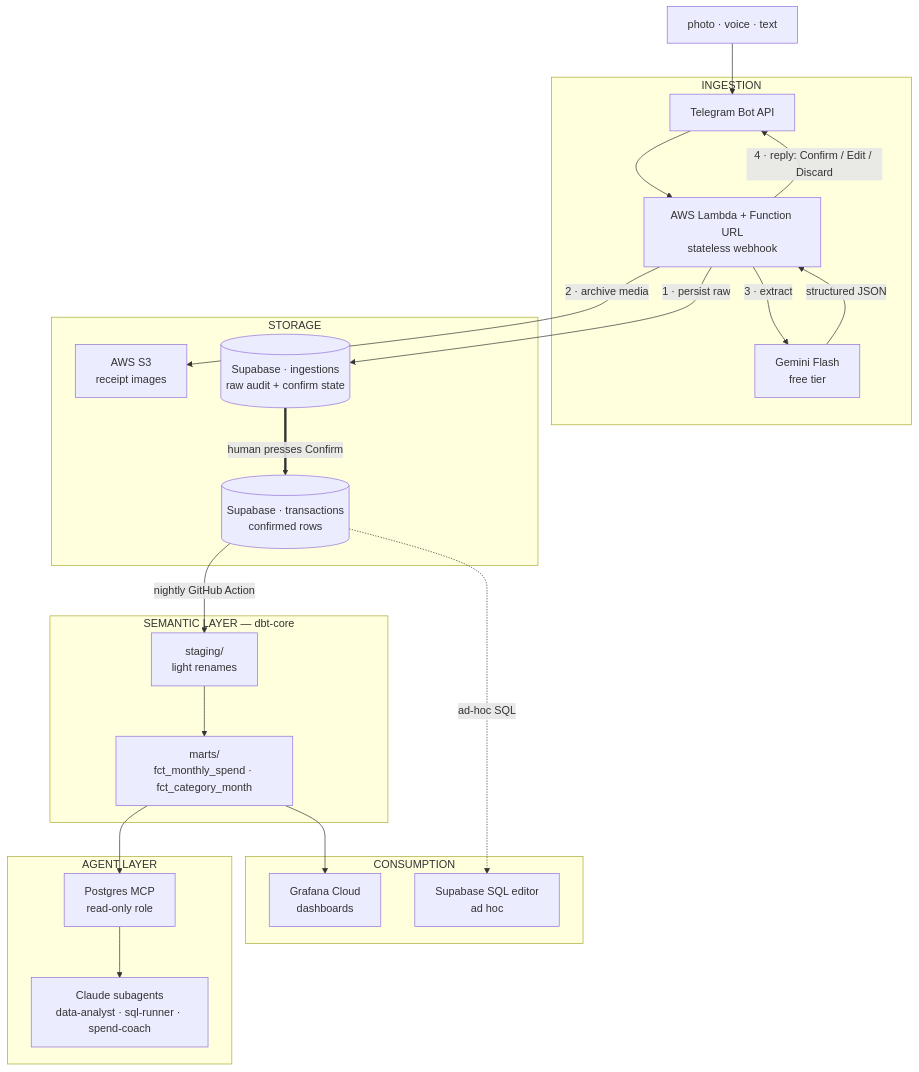
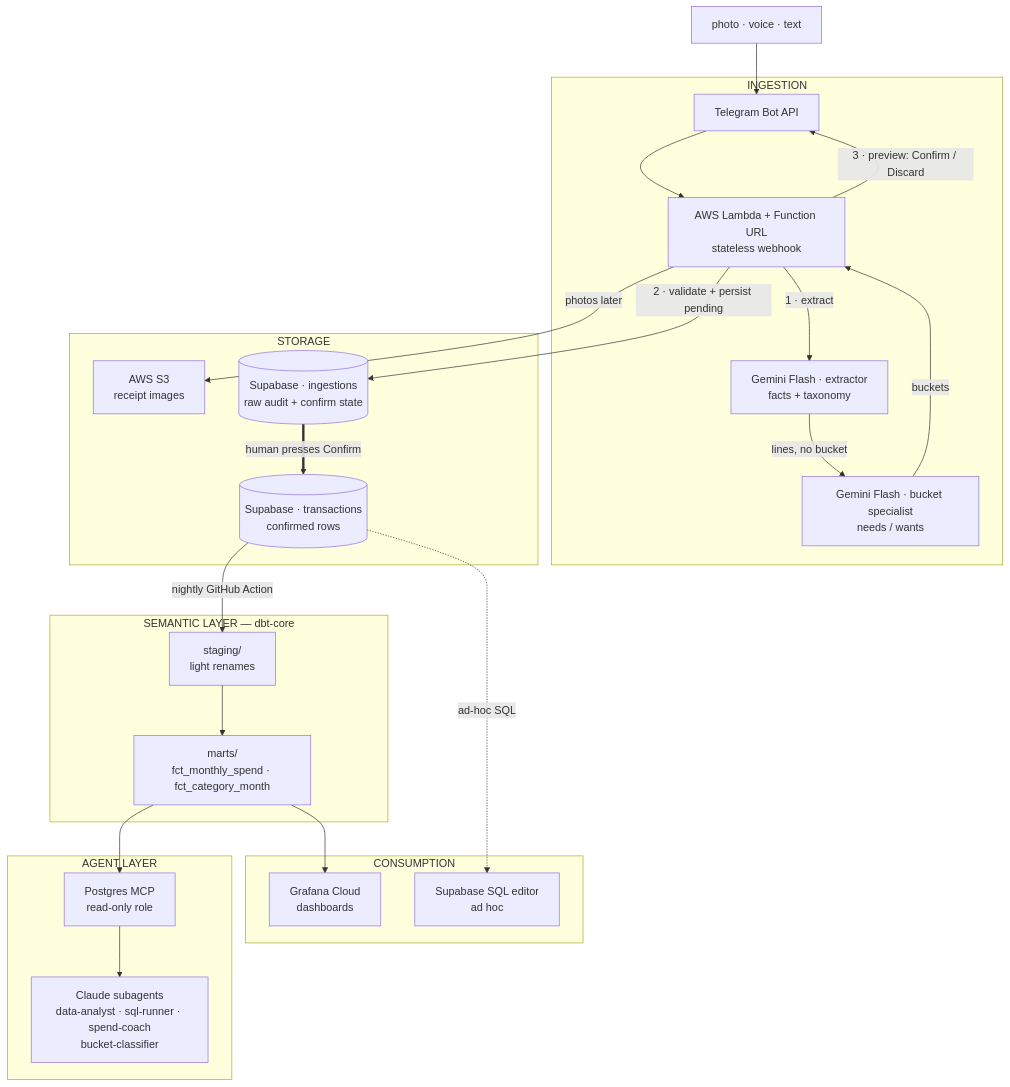
One commit to rafachan3/finflow changed the diagram in docs/ARCHITECTURE.md. Above: the diagram before and after it, drawn with Mermaid. The commit also changed other lines of this file and 15 other files, not shown here.

First line of the commit message:
feat(ingest): extract Telegram text with Gemini (#5)

````diff
--- a/docs/ARCHITECTURE.md
+++ b/docs/ARCHITECTURE.md
@@ -5,45 +5,47 @@
 ```mermaid
 flowchart TD
     SRC["photo · voice · text"]
 
     subgraph ING["INGESTION"]
         TG["Telegram Bot API"]
         LM["AWS Lambda + Function URL<br/>stateless webhook"]
-        GM["Gemini Flash<br/>free tier"]
+        EX["Gemini Flash · extractor<br/>facts + taxonomy"]
+        BK["Gemini Flash · bucket specialist<br/>needs / wants"]
     end
 
     subgraph STO["STORAGE"]
         S3["AWS S3<br/>receipt images"]
         RAW[("Supabase · ingestions<br/>raw audit + confirm state")]
         TX[("Supabase · transactions<br/>confirmed rows")]
     end
 
     subgraph SEM["SEMANTIC LAYER — dbt-core"]
         STG["staging/<br/>light renames"]
         MRT["marts/<br/>fct_monthly_spend · fct_category_month"]
     end
 
     subgraph OUT["CONSUMPTION"]
         GRF["Grafana Cloud<br/>dashboards"]
         SQL["Supabase SQL editor<br/>ad hoc"]
     end
 
     subgraph AGT["AGENT LAYER"]
         MCP["Postgres MCP<br/>read-only role"]
-        SUB["Claude subagents<br/>data-analyst · sql-runner · spend-coach"]
+        SUB["Claude subagents<br/>data-analyst · sql-runner · spend-coach<br/>bucket-classifier"]
     end
 
     SRC --> TG --> LM
-    LM -->|"1 · persist raw"| RAW
-    LM -->|"2 · archive media"| S3
-    LM -->|"3 · extract"| GM
-    GM -->|"structured JSON"| LM
-    LM -->|"4 · reply: Confirm / Edit / Discard"| TG
+    LM -->|"1 · extract"| EX
+    EX -->|"lines, no bucket"| BK
+    BK -->|"buckets"| LM
+    LM -->|"2 · validate + persist pending"| RAW
+    LM -->|"photos later"| S3
+    LM -->|"3 · preview: Confirm / Discard"| TG
     RAW ==>|"human presses Confirm"| TX
     TX -->|"nightly GitHub Action"| STG
     STG --> MRT
     MRT --> GRF
     MRT --> MCP
     MCP --> SUB
     TX -.->|"ad-hoc SQL"| SQL
 ```
````
